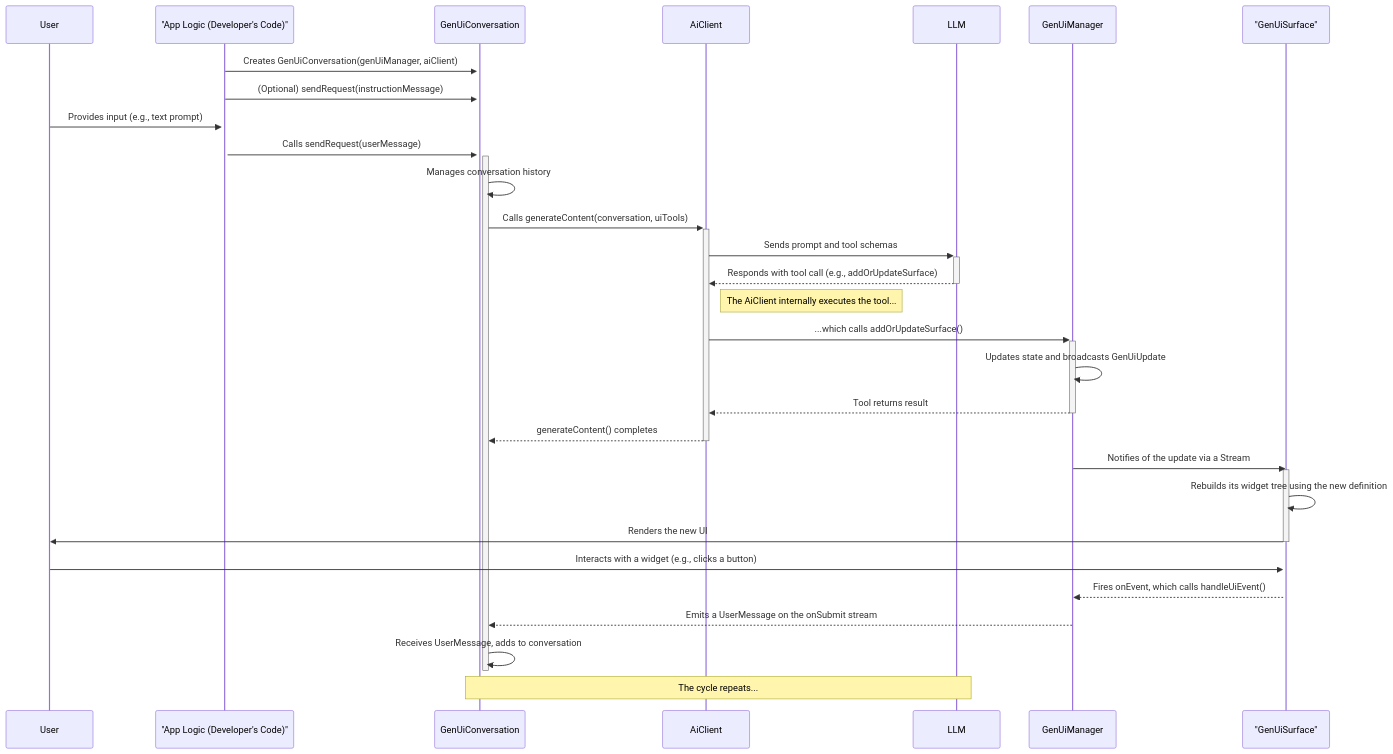
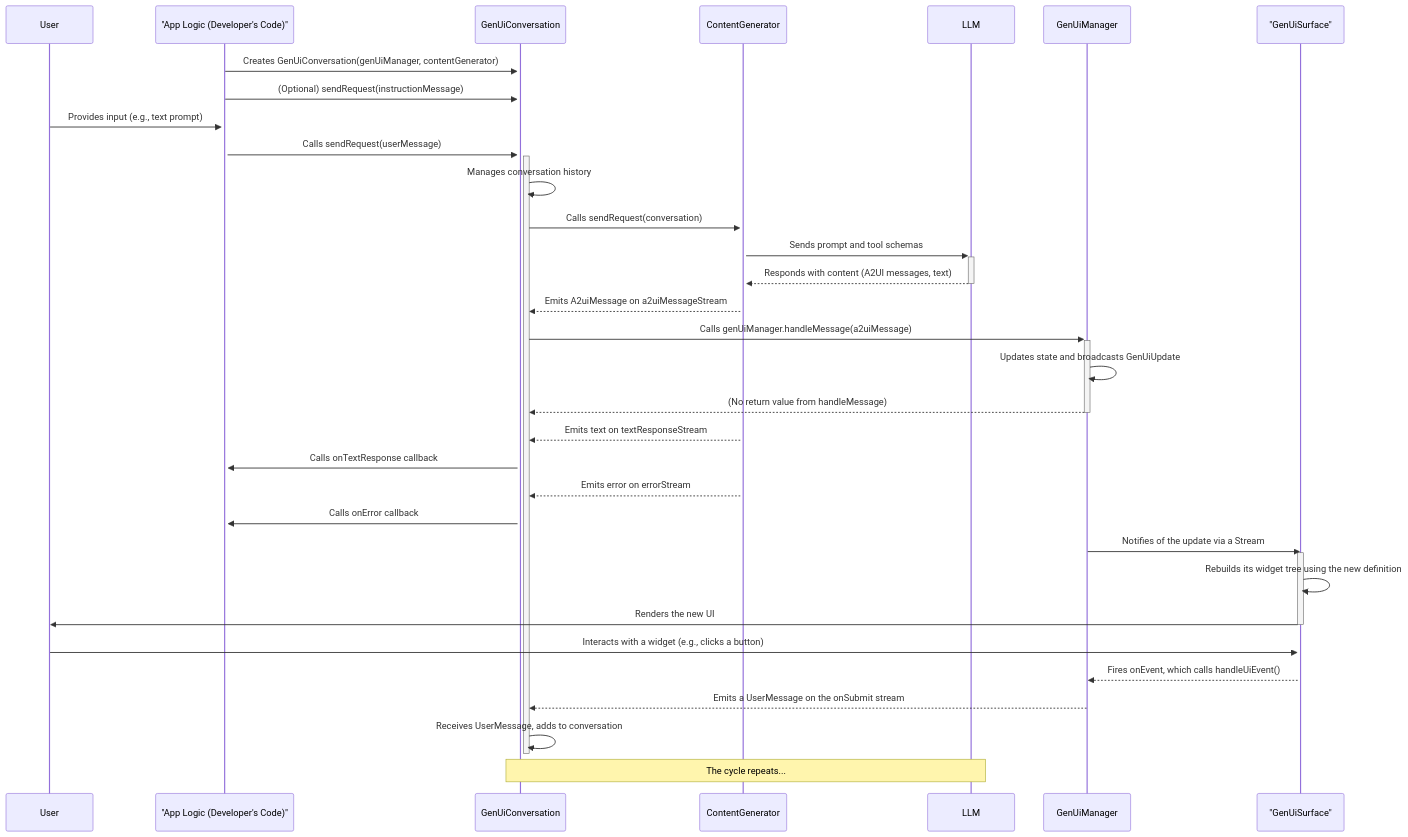
Before and after one commit to sethladd/genui: the second of 2 diagrams in packages/flutter_genui/IMPLEMENTATION.md, drawn with Mermaid. The commit also changed other lines of this file and 84 other files, not shown here.

Commit message:
Refactors the GenUI API to create `ContentGenerator` (#438)

````diff
--- a/packages/flutter_genui/IMPLEMENTATION.md
+++ b/packages/flutter_genui/IMPLEMENTATION.md
@@ -99,41 +120,46 @@
 ```mermaid
 sequenceDiagram
     participant User
     participant AppLogic as "App Logic (Developer's Code)"
     participant GenUiConversation
-    participant AiClient
+    participant ContentGenerator
     participant LLM
     participant GenUiManager
     participant GenUiSurface as "GenUiSurface"
 
-    AppLogic->>+GenUiConversation: Creates GenUiConversation(genUiManager, aiClient)
+    AppLogic->>+GenUiConversation: Creates GenUiConversation(genUiManager, contentGenerator)
     AppLogic->>+GenUiConversation: (Optional) sendRequest(instructionMessage)
 
     User->>+AppLogic: Provides input (e.g., text prompt)
     AppLogic->>+GenUiConversation: Calls sendRequest(userMessage)
     GenUiConversation->>GenUiConversation: Manages conversation history
-    GenUiConversation->>+AiClient: Calls generateContent(conversation, uiTools)
-    AiClient->>+LLM: Sends prompt and tool schemas
-    LLM-->>-AiClient: Responds with tool call (e.g., addOrUpdateSurface)
+    GenUiConversation->>+ContentGenerator: Calls sendRequest(conversation)
+    ContentGenerator->>+LLM: Sends prompt and tool schemas
+    LLM-->>-ContentGenerator: Responds with content (A2UI messages, text)
 
-    Note right of AiClient: The AiClient internally executes the tool...
-    AiClient->>+GenUiManager: ...which calls addOrUpdateSurface()
+    ContentGenerator-->>GenUiConversation: Emits A2uiMessage on a2uiMessageStream
+    GenUiConversation->>+GenUiManager: Calls genUiManager.handleMessage(a2uiMessage)
     GenUiManager->>GenUiManager: Updates state and broadcasts GenUiUpdate
-    GenUiManager-->>-AiClient: Tool returns result
-    AiClient-->>-GenUiConversation: generateContent() completes
+    GenUiManager-->>-GenUiConversation: (No return value from handleMessage)
+
+    ContentGenerator-->>GenUiConversation: Emits text on textResponseStream
+    GenUiConversation->>AppLogic: Calls onTextResponse callback
+
+    ContentGenerator-->>GenUiConversation: Emits error on errorStream
+    GenUiConversation->>AppLogic: Calls onError callback
 
     %% The UI updates asynchronously based on the stream
     GenUiManager->>GenUiSurface: Notifies of the update via a Stream
     activate GenUiSurface
     GenUiSurface->>GenUiSurface: Rebuilds its widget tree using the new definition
     GenUiSurface->>User: Renders the new UI
     deactivate GenUiSurface
 
     %% Later, the user interacts
     User->>+GenUiSurface: Interacts with a widget (e.g., clicks a button)
     GenUiSurface-->>GenUiManager: Fires onEvent, which calls handleUiEvent()
     GenUiManager-->>GenUiConversation: Emits a UserMessage on the onSubmit stream
     GenUiConversation->>GenUiConversation: Receives UserMessage, adds to conversation
     deactivate GenUiConversation
     Note over GenUiConversation, LLM: The cycle repeats...
 ```
````
